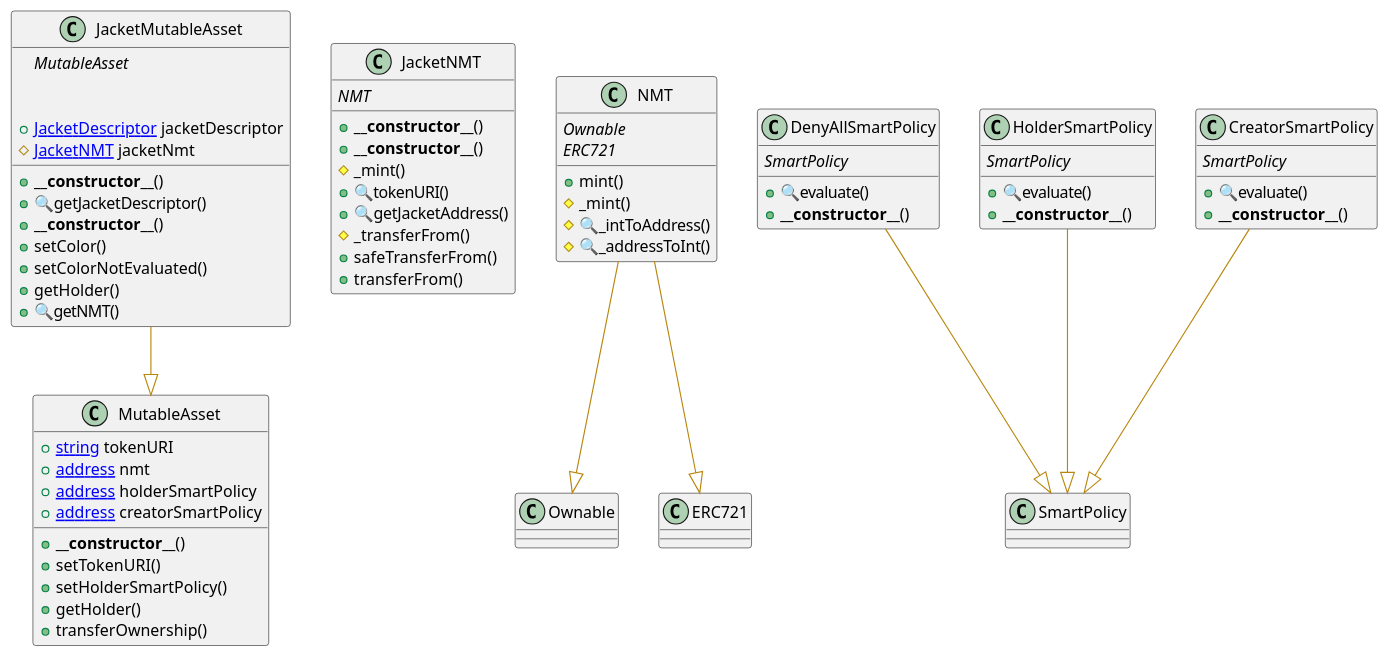
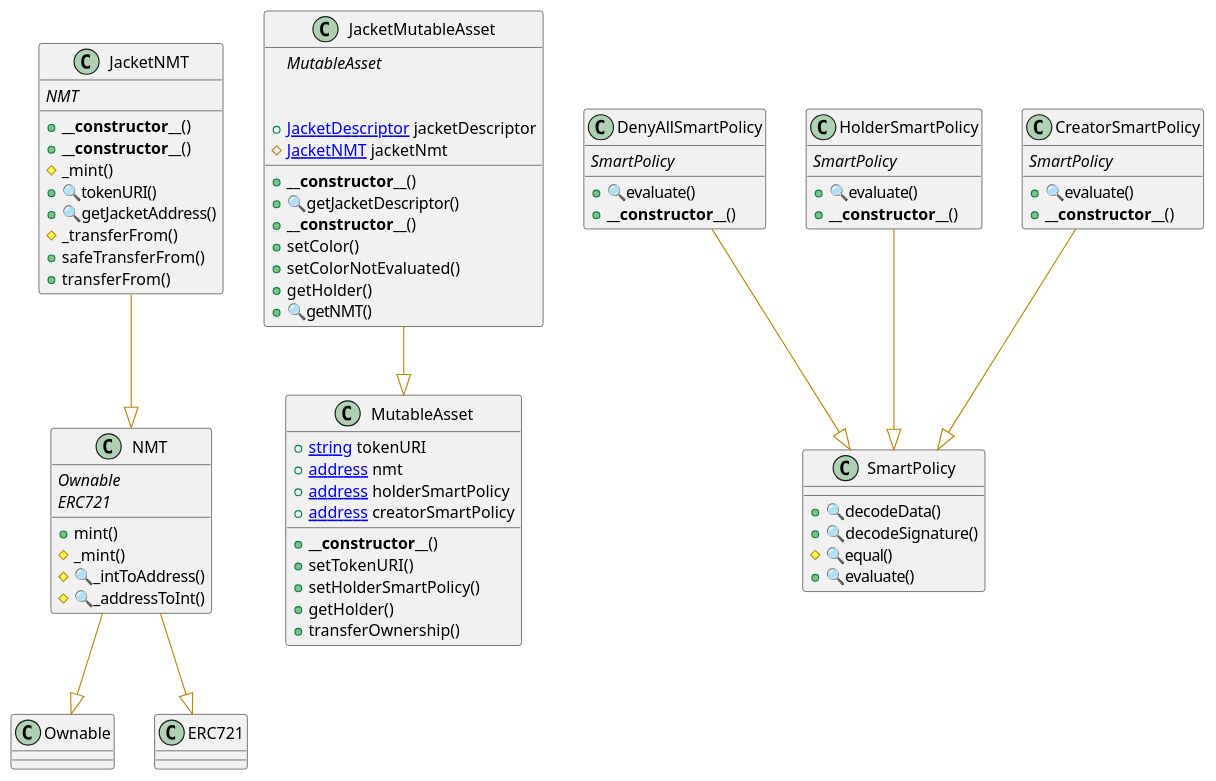
Before and after one commit to d0na/CMNT: the diagram in @startuml.wsd, drawn with PlantUML. The commit also changed 1 other file, not shown here.

```diff
--- a/@startuml.wsd
+++ b/@startuml.wsd
@@ -1,148 +1,162 @@
 @startuml
 ' -- generated by: https://marketplace.visualstudio.com/items?itemName=tintinweb.solidity-visual-auditor
 '
 ' -- for auto-render install: https://marketplace.visualstudio.com/items?itemName=jebbs.plantuml
 ' -- options --
 
 allowmixing
 
 ' -- classes --
+
+
+
+class JacketNMT {
+    ' -- inheritance --
+	{abstract}NMT
+
+    ' -- usingFor --
+
+    ' -- vars --
+
+    ' -- methods --
+	+**__constructor__**()
+	+**__constructor__**()
+	#_mint()
+	+🔍tokenURI()
+	+🔍getJacketAddress()
+	#_transferFrom()
+	+safeTransferFrom()
+	+transferFrom()
+
+}
+ JacketNMT --[#DarkGoldenRod]|> NMT
+class NMT {
+    ' -- inheritance --
+	{abstract}Ownable
+	{abstract}ERC721
+
+    ' -- usingFor --
+
+    ' -- vars --
+
+    ' -- methods --
+	+mint()
+	#_mint()
+	#🔍_intToAddress()
+	#🔍_addressToInt()
+
+}
+' -- inheritance / usingFor --
+NMT --[#DarkGoldenRod]|> Ownable
+NMT --[#DarkGoldenRod]|> ERC721
 
 
 class JacketMutableAsset {
     ' -- inheritance --
 	{abstract}MutableAsset
 
     ' -- usingFor --
 
     ' -- vars --
 	+[[JacketDescriptor]] jacketDescriptor
 	#[[JacketNMT]] jacketNmt
 
     ' -- methods --
 	+**__constructor__**()
 	+🔍getJacketDescriptor()
 	+**__constructor__**()
 	+setColor()
 	+setColorNotEvaluated()
 	+getHolder()
 	+🔍getNMT()
 
 }
 ' -- inheritance / usingFor --
 JacketMutableAsset --[#DarkGoldenRod]|> MutableAsset
 
 
 
 class MutableAsset {
     ' -- inheritance --
 
     ' -- usingFor --
 
     ' -- vars --
 	+[[string]] tokenURI
 	+[[address]] nmt
 	+[[address]] holderSmartPolicy
 	+[[address]] creatorSmartPolicy
 
     ' -- methods --
 	+**__constructor__**()
 	+setTokenURI()
 	+setHolderSmartPolicy()
 	+getHolder()
 	+transferOwnership()
 
 }
-
-
-class JacketNMT {
-    ' -- inheritance --
-	{abstract}NMT
-
-    ' -- usingFor --
-
-    ' -- vars --
-
-    ' -- methods --
-	+**__constructor__**()
-	+**__constructor__**()
-	#_mint()
-	+🔍tokenURI()
-	+🔍getJacketAddress()
-	#_transferFrom()
-	+safeTransferFrom()
-	+transferFrom()
-
-}
- 
-class NMT {
-    ' -- inheritance --
-	{abstract}Ownable
-	{abstract}ERC721
-
-    ' -- usingFor --
-
-    ' -- vars --
-
-    ' -- methods --
-	+mint()
-	#_mint()
-	#🔍_intToAddress()
-	#🔍_addressToInt()
-
-}
-' -- inheritance / usingFor --
-NMT --[#DarkGoldenRod]|> Ownable
-NMT --[#DarkGoldenRod]|> ERC721
-
 
 class DenyAllSmartPolicy {
     ' -- inheritance --
 	{abstract}SmartPolicy
 
     ' -- usingFor --
 
     ' -- vars --
 
     ' -- methods --
 	+🔍evaluate()
 	+**__constructor__**()
 
 }
 ' -- inheritance / usingFor --
 DenyAllSmartPolicy --[#DarkGoldenRod]|> SmartPolicy
 
 class HolderSmartPolicy {
     ' -- inheritance --
 	{abstract}SmartPolicy
 
     ' -- usingFor --
 
     ' -- vars --
 
     ' -- methods --
 	+🔍evaluate()
 	+**__constructor__**()
 
 }
 ' -- inheritance / usingFor --
 HolderSmartPolicy --[#DarkGoldenRod]|> SmartPolicy
 
 class CreatorSmartPolicy {
     ' -- inheritance --
 	{abstract}SmartPolicy
 
     ' -- usingFor --
 
     ' -- vars --
 
     ' -- methods --
 	+🔍evaluate()
 	+**__constructor__**()
 
 }
 ' -- inheritance / usingFor --
 CreatorSmartPolicy --[#DarkGoldenRod]|> SmartPolicy
 
+class SmartPolicy {
+    ' -- inheritance --
+
+    ' -- usingFor --
+
+    ' -- vars --
+
+    ' -- methods --
+	+🔍decodeData()
+	+🔍decodeSignature()
+	#🔍equal()
+	+🔍evaluate()
+
+}
 
 @enduml
```
